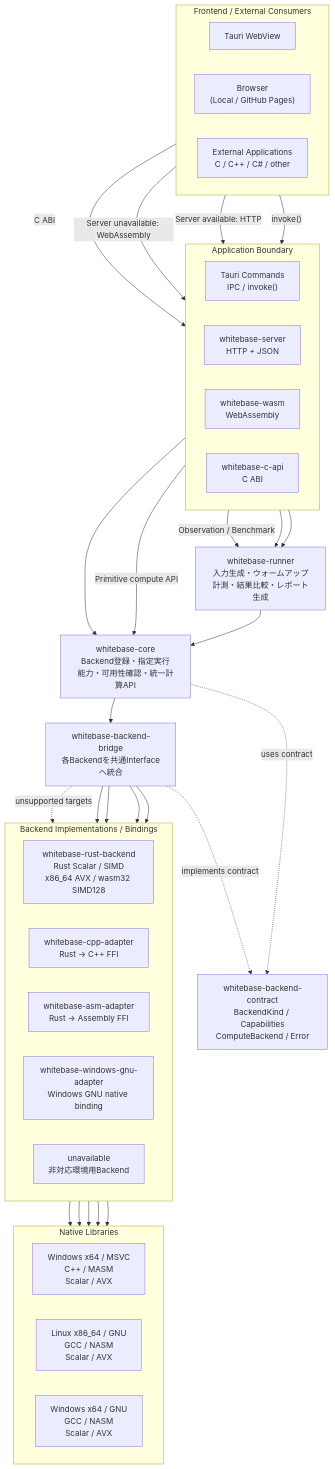
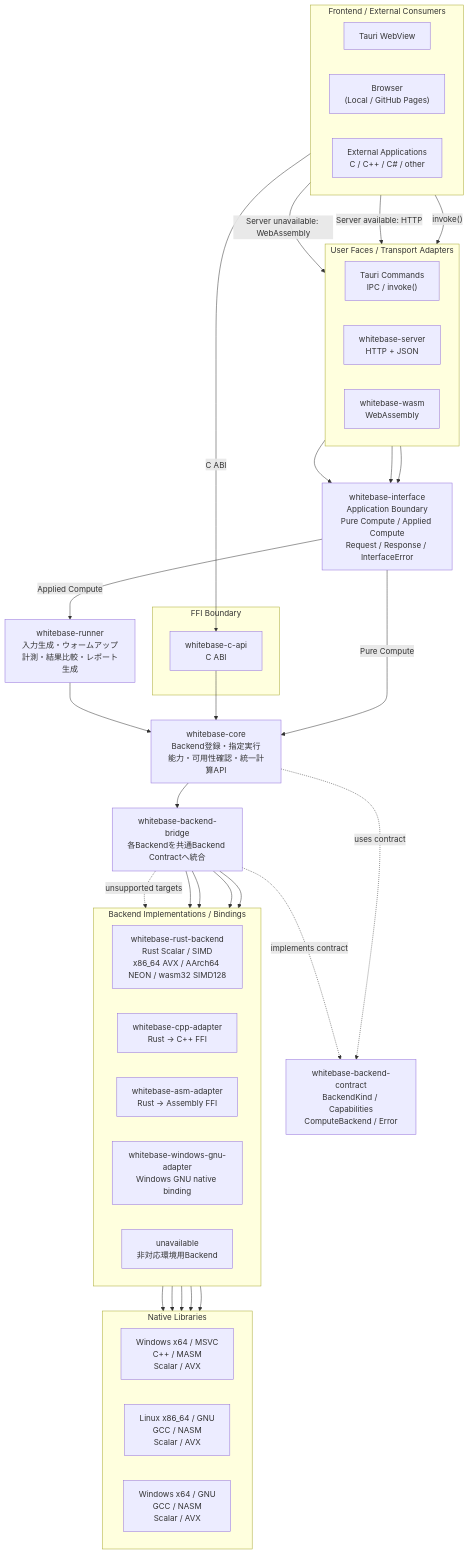
Before and after one commit to Hokutaka/Whitebase: the diagram in docs/diagrams/structure/architecture.mmd, drawn with Mermaid. The commit also changed 22 other files, not shown here.

```diff
--- a/docs/diagrams/structure/architecture.mmd
+++ b/docs/diagrams/structure/architecture.mmd
@@ -1,102 +1,112 @@
 flowchart TB
     subgraph Frontends["Frontend / External Consumers"]
         direction LR
         Tauri["Tauri WebView"]
         Browser["Browser<br/>(Local / GitHub Pages)"]
         External["External Applications<br/>C / C++ / C# / other"]
     end
 
-    subgraph ApplicationBoundaries["Application Boundary"]
+    subgraph UserFaces["User Faces / Transport Adapters"]
         direction LR
         TauriCommand["Tauri Commands<br/>IPC / invoke()"]
         HttpServer["whitebase-server<br/>HTTP + JSON"]
         Wasm["whitebase-wasm<br/>WebAssembly"]
+    end
+
+    ApplicationInterface["whitebase-interface<br/>Application Boundary<br/>Pure Compute / Applied Compute<br/>Request / Response / InterfaceError"]
+
+    subgraph FfiBoundary["FFI Boundary"]
         CApi["whitebase-c-api<br/>C ABI"]
     end
 
     Runner["whitebase-runner<br/>入力生成・ウォームアップ<br/>計測・結果比較・レポート生成"]
 
     Core["whitebase-core<br/>Backend登録・指定実行<br/>能力・可用性確認・統一計算API"]
 
-    Interface["whitebase-backend-contract<br/>BackendKind / Capabilities<br/>ComputeBackend / Error"]
+    BackendContract["whitebase-backend-contract<br/>BackendKind / Capabilities<br/>ComputeBackend / Error"]
 
-    Bridge["whitebase-backend-bridge<br/>各Backendを共通Interfaceへ統合"]
+    Bridge["whitebase-backend-bridge<br/>各Backendを共通Backend Contractへ統合"]
 
     subgraph BackendConnections["Backend Implementations / Bindings"]
         direction LR
 
-        RustBackend["whitebase-rust-backend<br/>Rust Scalar / SIMD<br/>x86_64 AVX / wasm32 SIMD128"]
+        RustBackend["whitebase-rust-backend<br/>Rust Scalar / SIMD<br/>x86_64 AVX / AArch64 NEON / wasm32 SIMD128"]
 
         CppAdapter["whitebase-cpp-adapter<br/>Rust → C++ FFI"]
 
         AssemblyAdapter["whitebase-asm-adapter<br/>Rust → Assembly FFI"]
 
         WindowsGnuAdapter["whitebase-windows-gnu-adapter<br/>Windows GNU native binding"]
 
         Unavailable["unavailable<br/>非対応環境用Backend"]
     end
 
     subgraph NativeLibraries["Native Libraries"]
         direction LR
 
         MsvcNative["Windows x64 / MSVC<br/>C++ / MASM<br/>Scalar / AVX"]
 
         LinuxNative["Linux x86_64 / GNU<br/>GCC / NASM<br/>Scalar / AVX"]
 
         WindowsGnuNative["Windows x64 / GNU<br/>GCC / NASM<br/>Scalar / AVX"]
     end
 
     %% --------------------------------------------------------
     %% Entry routes
     %% --------------------------------------------------------
 
     Tauri -->|"invoke()"| TauriCommand
 
     Browser -->|"Server available: HTTP"| HttpServer
     Browser -->|"Server unavailable: WebAssembly"| Wasm
 
     External -->|"C ABI"| CApi
 
     %% --------------------------------------------------------
-    %% Application boundaries
+    %% User faces → Application Boundary
     %% --------------------------------------------------------
 
-    TauriCommand --> Runner
-    HttpServer --> Runner
+    TauriCommand --> ApplicationInterface
+    HttpServer --> ApplicationInterface
+    Wasm --> ApplicationInterface
 
-    Wasm -->|"Observation / Benchmark"| Runner
-    Wasm -->|"Primitive compute API"| Core
+    %% --------------------------------------------------------
+    %% Application Boundary → Compute layers
+    %% --------------------------------------------------------
+
+    ApplicationInterface -->|"Applied Compute"| Runner
+    ApplicationInterface -->|"Pure Compute"| Core
 
     CApi --> Core
 
     %% --------------------------------------------------------
     %% Common execution path
     %% --------------------------------------------------------
 
     Runner --> Core
     Core --> Bridge
 
-    Core -. "uses contract" .-> Interface
-    Bridge -. "implements contract" .-> Interface
+    Core -. "uses contract" .-> BackendContract
+    Bridge -. "implements contract" .-> BackendContract
 
     %% --------------------------------------------------------
     %% Backend routing
     %% --------------------------------------------------------
 
     Bridge --> RustBackend
     Bridge --> CppAdapter
     Bridge --> AssemblyAdapter
     Bridge --> WindowsGnuAdapter
     Bridge -. "unsupported targets" .-> Unavailable
 
     %% --------------------------------------------------------
     %% Native implementations
     %% --------------------------------------------------------
 
     CppAdapter --> MsvcNative
     CppAdapter --> LinuxNative
 
     AssemblyAdapter --> MsvcNative
     AssemblyAdapter --> LinuxNative
 
     WindowsGnuAdapter --> WindowsGnuNative
```
